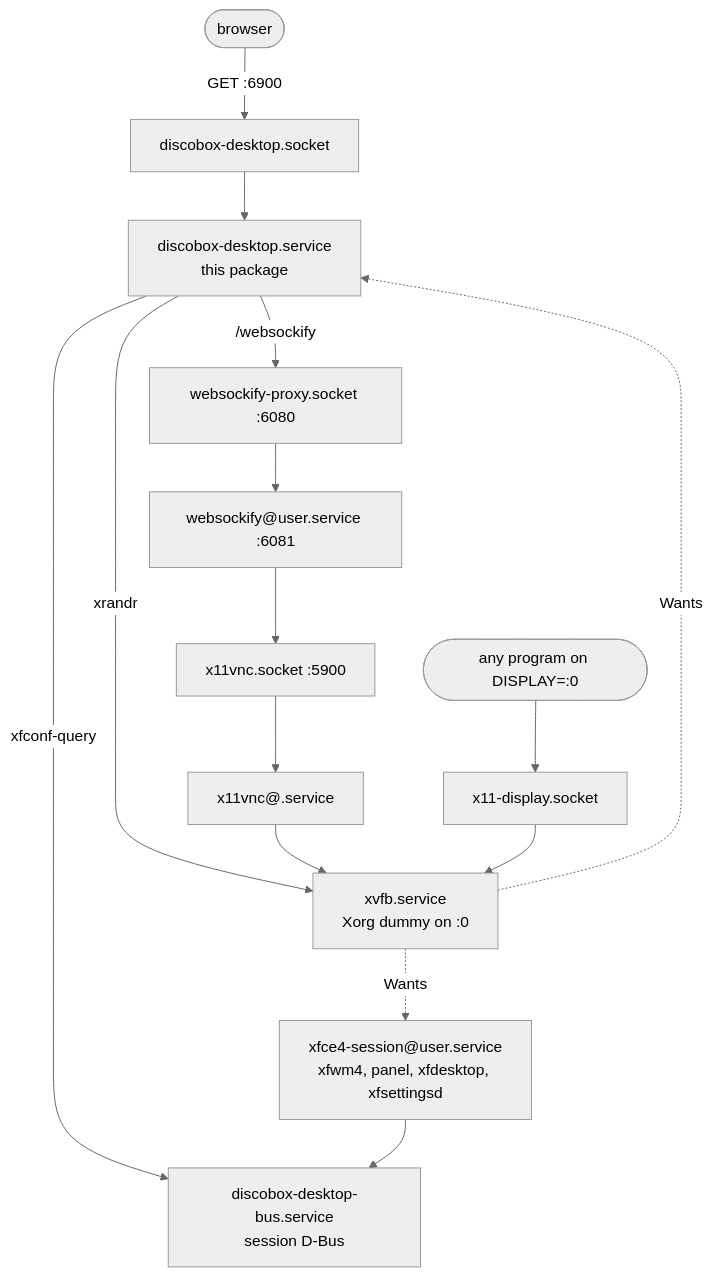
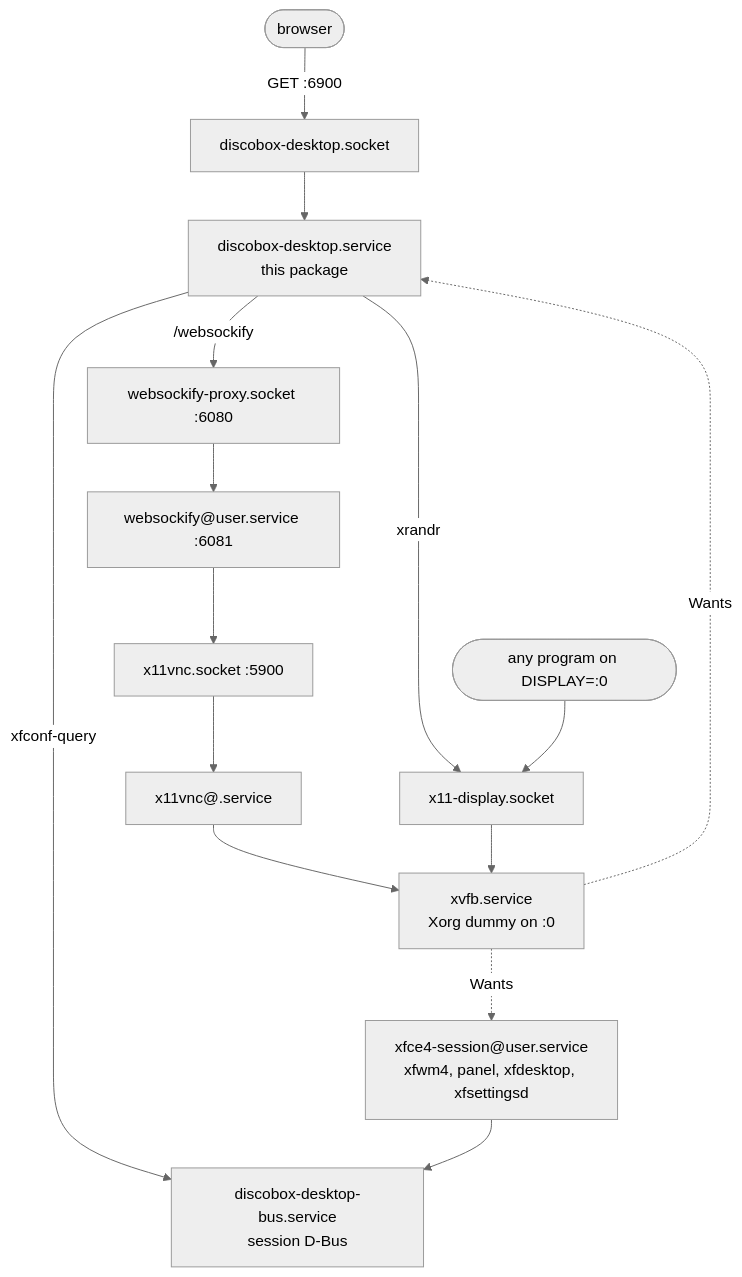
The diagram in sandbox-agent/desktop/DESIGN.md (discobox-ai/discobox), drawn with Mermaid (neutral theme) before and after one commit. The commit also changed other lines of this file and 37 other files, not shown here.

````diff
--- a/sandbox-agent/desktop/DESIGN.md
+++ b/sandbox-agent/desktop/DESIGN.md
@@ -16,17 +16,17 @@
 ```mermaid
 flowchart TD
     browser(["browser"]) -->|"GET :6900"| dsock["discobox-desktop.socket"]
     dsock --> dsvc["discobox-desktop.service<br/>this package"]
     dsvc -->|"/websockify"| wsock["websockify-proxy.socket :6080"]
     wsock --> wsvc["websockify@user.service :6081"]
     wsvc --> vsock["x11vnc.socket :5900"]
     vsock --> vnc["x11vnc@.service"]
-    dsvc -->|"xrandr"| xorg
+    dsvc -->|"xrandr"| xsock
     dsvc -->|"xfconf-query"| bus["discobox-desktop-bus.service<br/>session D-Bus"]
     vnc --> xorg["xvfb.service<br/>Xorg dummy on :0"]
     app(["any program on DISPLAY=:0"]) --> xsock["x11-display.socket"]
     xsock --> xorg
     xorg -.->|"Wants"| dsvc
     xorg -.->|"Wants"| xfce["xfce4-session@user.service<br/>xfwm4, panel, xfdesktop, xfsettingsd"]
     xfce --> bus
 ```
````
